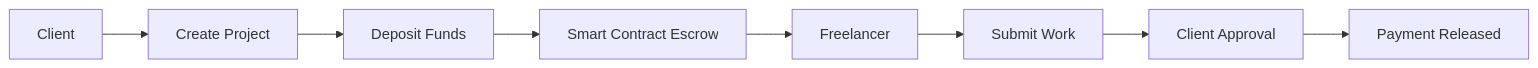
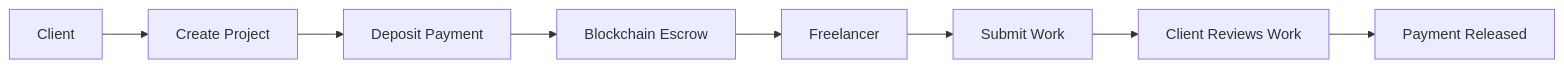
One commit to rajshreesinha-23/freelance-vault changed the first of 5 diagrams in README.md. Above: the diagram before and after it, drawn with Mermaid. The commit also changed other lines of this file, not shown here.

````diff
--- a/README.md
+++ b/README.md
@@ -13,10 +13,10 @@
 ```mermaid
 flowchart LR
     A[Client] --> B[Create Project]
-    B --> C[Deposit Funds]
-    C --> D[Smart Contract Escrow]
+    B --> C[Deposit Payment]
+    C --> D[Blockchain Escrow]
     D --> E[Freelancer]
     E --> F[Submit Work]
-    F --> G[Client Approval]
+    F --> G[Client Reviews Work]
     G --> H[Payment Released]
 ```
````
